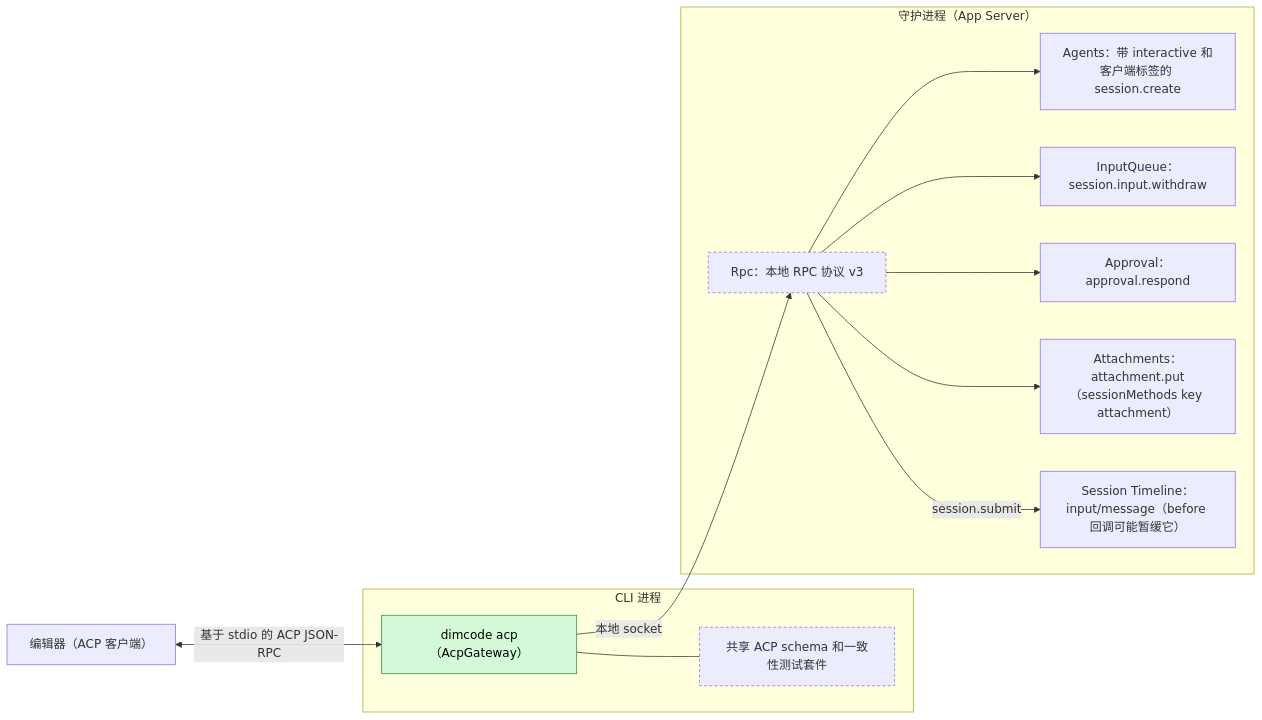
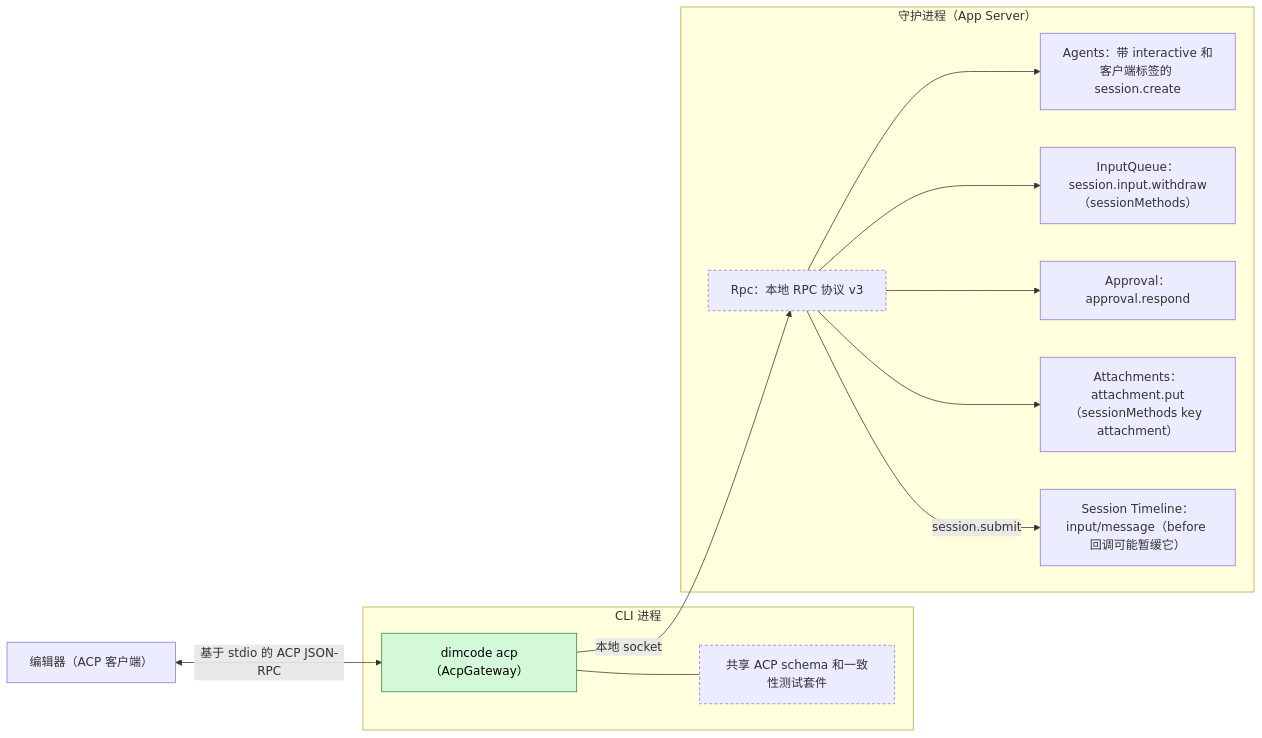
One commit to CoutinhoTTS/dim-agent changed the first of 5 diagrams in docs/zh/design/plugins/AcpGateway.md. Above: the diagram before and after it, drawn with Mermaid. The commit also changed other lines of this file and 42 other files, not shown here.

````diff
--- a/docs/zh/design/plugins/AcpGateway.md
+++ b/docs/zh/design/plugins/AcpGateway.md
@@ -9,26 +9,26 @@
 ```mermaid
 flowchart LR
   classDef new fill:#d3f9d8,stroke:#2b8a3e,color:#000
   classDef contract stroke-dasharray:4 3
   Editor["编辑器（ACP 客户端）"]
   subgraph cli["CLI 进程"]
     GW["dimcode acp（AcpGateway）"]:::new
     Schema["共享 ACP schema 和一致性测试套件"]:::contract
   end
   subgraph daemon["守护进程（App Server）"]
     Rpc["Rpc：本地 RPC 协议 v3"]:::contract
     Agents["Agents：带 interactive 和客户端标签的 session.create"]
-    IQ["InputQueue：session.input.withdraw"]
+    IQ["InputQueue：session.input.withdraw（sessionMethods）"]
     Appr["Approval：approval.respond"]
     Att["Attachments：attachment.put（sessionMethods key attachment）"]
     TLD["Session Timeline：input/message（before 回调可能暂缓它）"]
   end
   Editor <-->|"基于 stdio 的 ACP JSON-RPC"| GW
   GW --- Schema
   GW -->|"本地 socket"| Rpc
   Rpc --> Agents
   Rpc --> IQ
   Rpc --> Appr
   Rpc --> Att
   Rpc -->|"session.submit"| TLD
 ```
````
